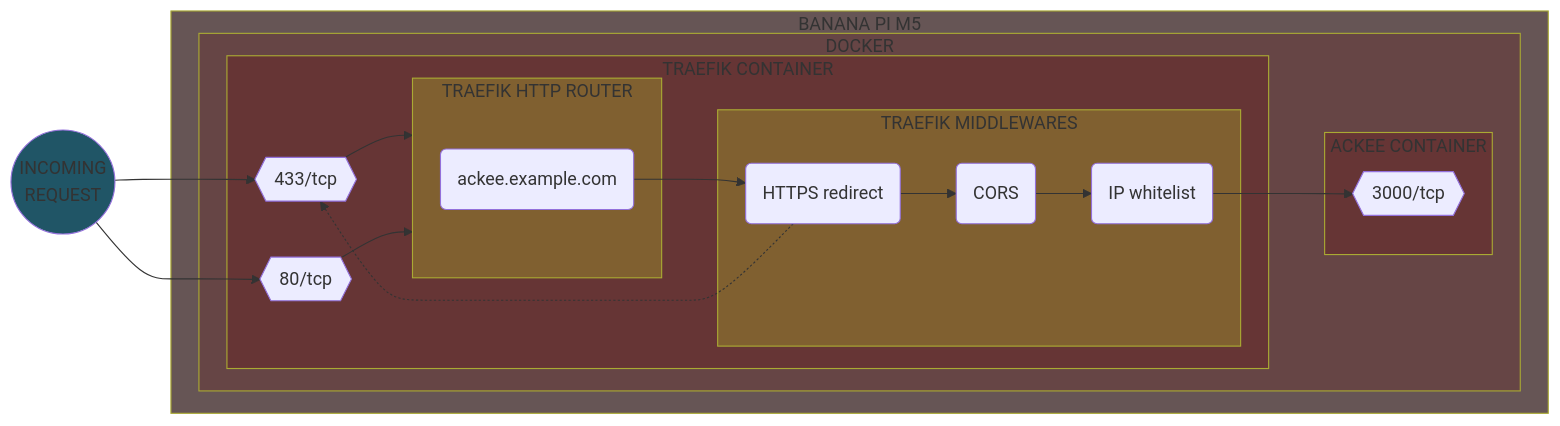
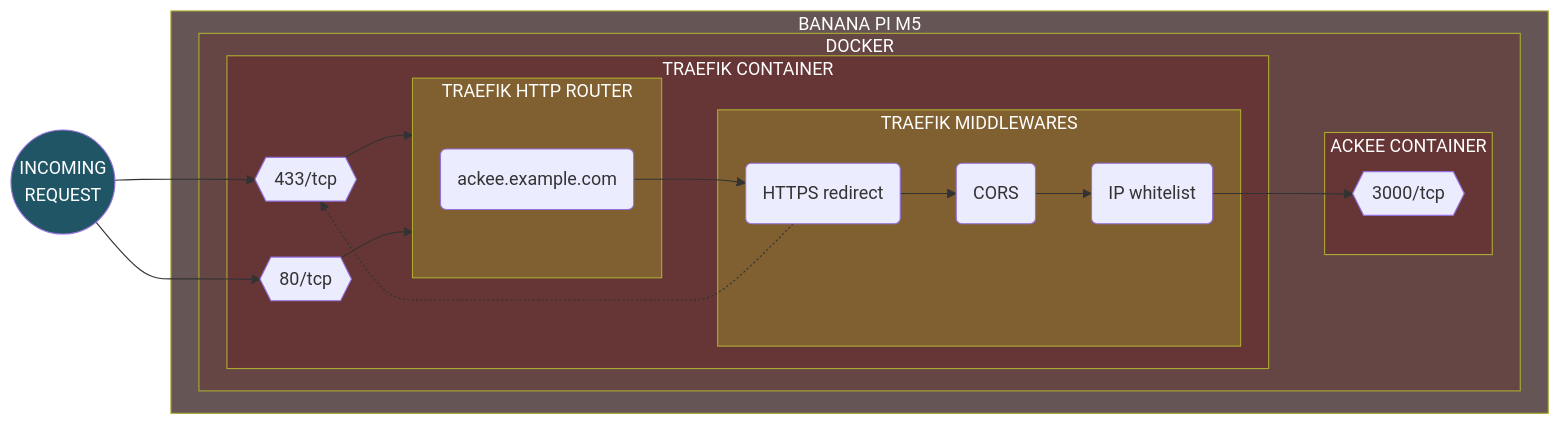
One commit to Yann39/self-hosted changed diagram 15 of 19 in README.md. Above: the diagram before and after it, drawn with Mermaid. The commit also changed other lines of this file, not shown here.

Commit message:
force white text on dark background on every mermaid diagram, so it is readable in light mode

````diff
--- a/README.md
+++ b/README.md
@@ -3371,50 +3371,50 @@
 ```mermaid
 flowchart LR
-    style INCOMING_REQUEST fill: #205566
-    style TRAEFIK_CONTAINER fill: #663535
-    style APP_CONTAINER fill: #663535
-    style TRAEFIK_ROUTER fill: #806030
-    style TRAEFIK_MIDDLEWARE fill: #806030
-    style SINGLE_BOARD_COMPUTER fill: #665555
-    style CONTAINER_ENGINE fill: #664545
+    style INCOMING_REQUEST fill:#205566,color:#fff
+    style TRAEFIK_CONTAINER fill:#663535,color:#fff
+    style APP_CONTAINER fill:#663535,color:#fff
+    style TRAEFIK_ROUTER fill:#806030,color:#fff
+    style TRAEFIK_MIDDLEWARE fill:#806030,color:#fff
+    style SINGLE_BOARD_COMPUTER fill:#665555,color:#fff
+    style CONTAINER_ENGINE fill:#664545,color:#fff
     DOCKER_TRAEFIK_PORT443{{433/tcp}}
     DOCKER_TRAEFIK_PORT80{{80/tcp}}
     DOCKER_APP_PORT{{3000/tcp}}
     TRAEFIK_ROUTER_APP(ackee.example.com)
     TRAEFIK_MIDDLEWARE_REDIRECT(HTTPS redirect)
     TRAEFIK_MIDDLEWARE_IP_WHITELIST(IP whitelist)
     TRAEFIK_MIDDLEWARE_CORS(CORS)
     INCOMING_REQUEST((INCOMING\nREQUEST))
     INCOMING_REQUEST --> DOCKER_TRAEFIK_PORT443
     INCOMING_REQUEST --> DOCKER_TRAEFIK_PORT80
 
     subgraph SINGLE_BOARD_COMPUTER[BANANA PI M5]
         subgraph CONTAINER_ENGINE[DOCKER]
             subgraph APP_CONTAINER[ACKEE CONTAINER]
                 DOCKER_APP_PORT
             end
 
             subgraph TRAEFIK_CONTAINER[TRAEFIK CONTAINER]
                 DOCKER_TRAEFIK_PORT443 --> TRAEFIK_ROUTER
                 DOCKER_TRAEFIK_PORT80 --> TRAEFIK_ROUTER
 
                 subgraph TRAEFIK_ROUTER[TRAEFIK HTTP ROUTER]
                     TRAEFIK_ROUTER_APP
                 end
 
                 subgraph TRAEFIK_MIDDLEWARE[TRAEFIK MIDDLEWARES]
                     TRAEFIK_MIDDLEWARE_REDIRECT
                     TRAEFIK_MIDDLEWARE_CORS
                     TRAEFIK_MIDDLEWARE_IP_WHITELIST
                 end
 
                 TRAEFIK_MIDDLEWARE_REDIRECT --> TRAEFIK_MIDDLEWARE_CORS
                 TRAEFIK_MIDDLEWARE_CORS --> TRAEFIK_MIDDLEWARE_IP_WHITELIST
                 TRAEFIK_MIDDLEWARE_REDIRECT -.-> DOCKER_TRAEFIK_PORT443
                 TRAEFIK_MIDDLEWARE_IP_WHITELIST --> DOCKER_APP_PORT
                 TRAEFIK_ROUTER_APP --> TRAEFIK_MIDDLEWARE_REDIRECT
             end
 
         end
     end
 ```
````
